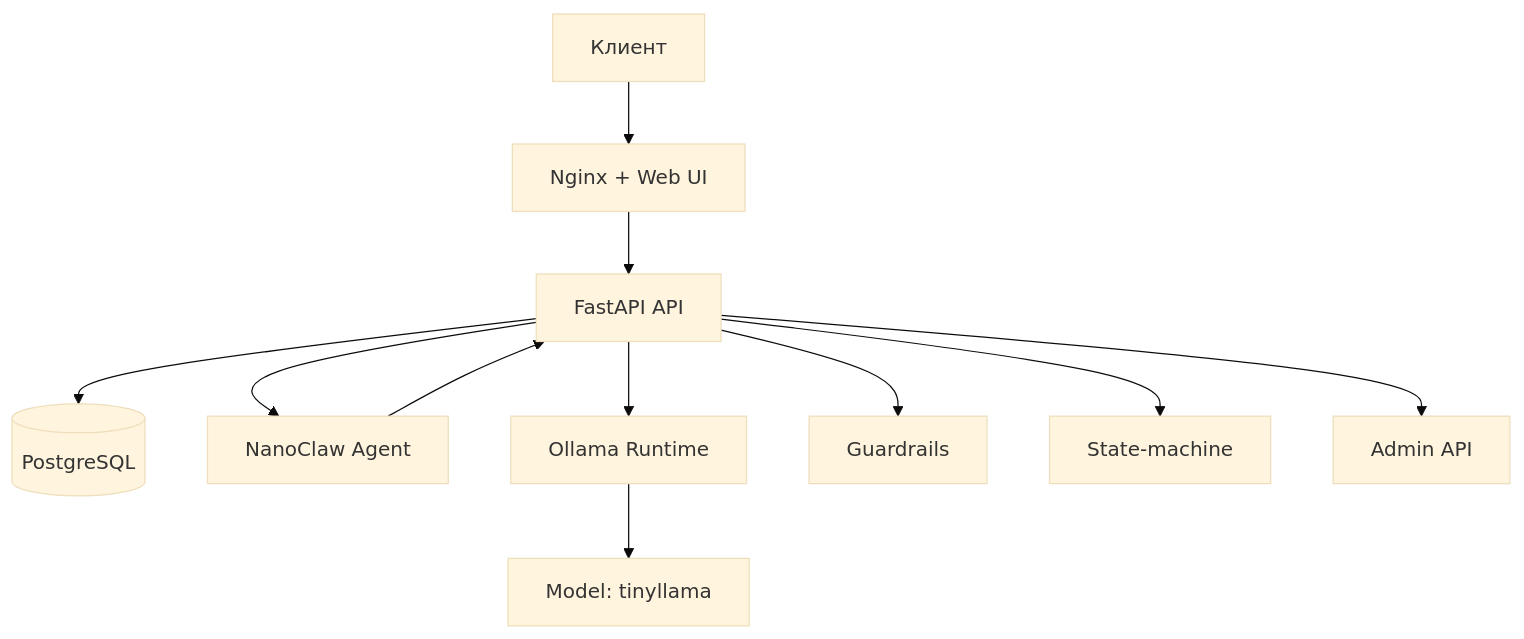
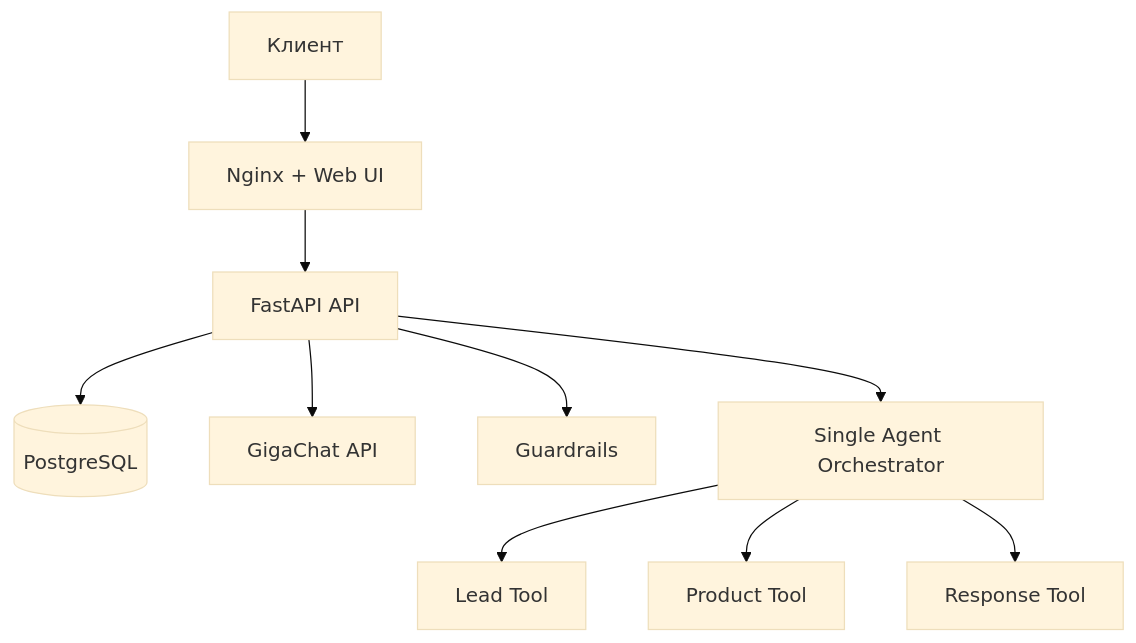
Before and after one commit to dedok0x/agrolead-assistant: the diagram in docs/architecture.md, drawn with Mermaid (base theme). The commit also changed other lines of this file and 28 other files, not shown here.

````diff
--- a/docs/architecture.md
+++ b/docs/architecture.md
@@ -3,14 +3,13 @@
 ```mermaid
 flowchart TD
     U[Клиент] --> WEB[Nginx + Web UI]
     WEB --> API[FastAPI API]
     API --> DB[(PostgreSQL)]
-    API --> NANO[NanoClaw Agent]
-    NANO --> API
-    API --> OLLAMA[Ollama Runtime]
-    OLLAMA --> MODEL[Model: tinyllama]
+    API --> GC[GigaChat API]
 
     API --> GR[Guardrails]
-    API --> SM[State-machine]
-    API --> ADMIN[Admin API]
+    API --> ORCH[Single Agent Orchestrator]
+    ORCH --> LT[Lead Tool]
+    ORCH --> PT[Product Tool]
+    ORCH --> RT[Response Tool]
 ```
````
